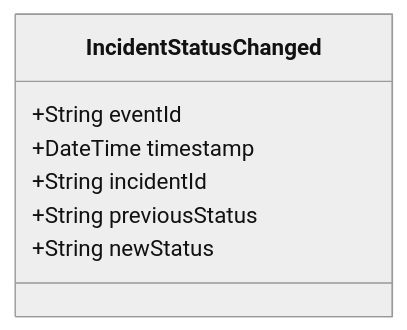
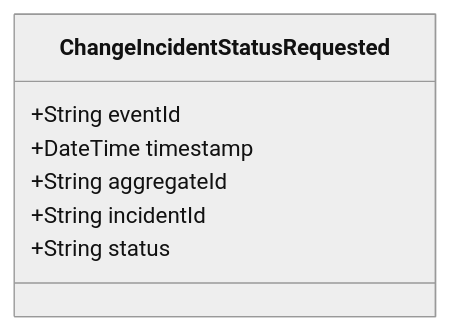
The diagram in doc/events/IncidentStatusChanged.md (pgraff/police-system), drawn with Mermaid (neutral theme) before and after one commit. The commit also changed other lines of this file and 58 other files, not shown here.

````diff
--- a/doc/events/IncidentStatusChanged.md
+++ b/doc/events/IncidentStatusChanged.md
@@ -9,10 +9,10 @@
 ```mermaid
 classDiagram
-    class IncidentStatusChanged {
+    class ChangeIncidentStatusRequested {
         +String eventId
         +DateTime timestamp
+        +String aggregateId
         +String incidentId
-        +String previousStatus
-        +String newStatus
+        +String status
     }
 ```
````
